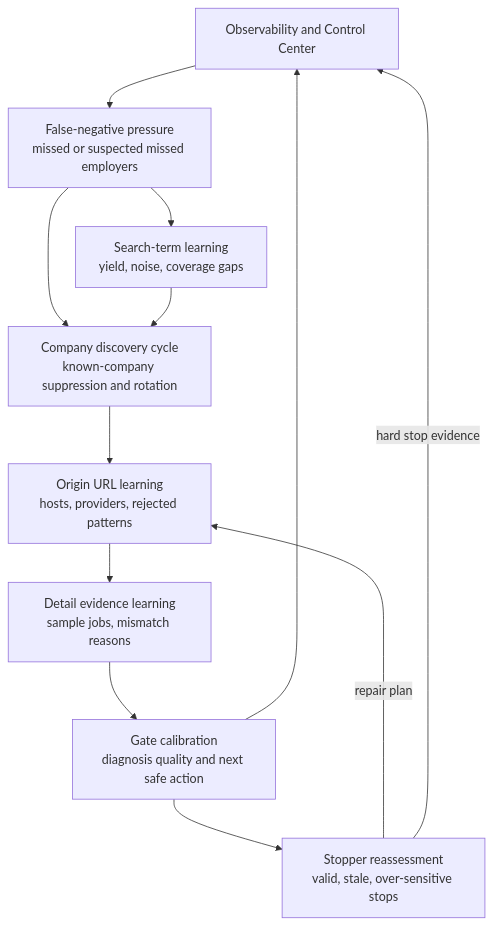
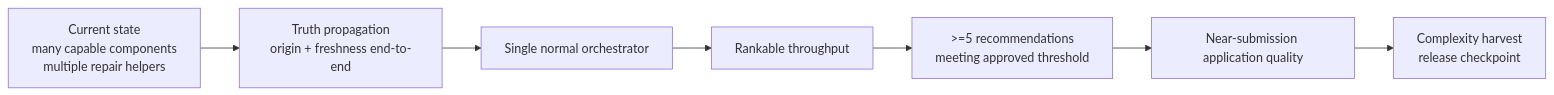
Before and after one commit to jenshaberle-dotcom/job-application-pipeline: the eighth of 9 diagrams in docs/current/system-diagrams.md, drawn with Mermaid. The commit also changed other lines of this file, not shown here.

Commit message:
DOC-RECOVERY: rebaseline current system diagrams

````diff
--- a/docs/current/system-diagrams.md
+++ b/docs/current/system-diagrams.md
@@ -76,23 +183,12 @@
 ```mermaid
-flowchart TB
-    OBS[Observability and Control Center]
-    MISS[False-negative pressure<br/>missed or suspected missed employers]
-    TERM[Search-term learning<br/>yield, noise, coverage gaps]
-    COMP[Company discovery cycle<br/>known-company suppression and rotation]
-    URL[Origin URL learning<br/>hosts, providers, rejected patterns]
-    DETAIL[Detail evidence learning<br/>sample jobs, mismatch reasons]
-    STOP[Stopper reassessment<br/>valid, stale, over-sensitive stops]
-    GATE[Gate calibration<br/>diagnosis quality and next safe action]
+flowchart LR
+    NOW[Current state<br/>many capable components<br/>multiple repair helpers]
+    T1[Truth propagation<br/>origin + freshness end-to-end]
+    T2[Single normal orchestrator]
+    T3[Rankable throughput]
+    T4[>=5 recommendations<br/>meeting approved threshold]
+    T5[Near-submission application quality]
+    T6[Complexity harvest<br/>release checkpoint]
 
-    OBS --> MISS
-    MISS --> TERM
-    MISS --> COMP
-    TERM --> COMP
-    COMP --> URL
-    URL --> DETAIL
-    DETAIL --> GATE
-    GATE --> STOP
-    STOP -->|repair plan| URL
-    STOP -->|hard stop evidence| OBS
-    GATE --> OBS
+    NOW --> T1 --> T2 --> T3 --> T4 --> T5 --> T6
 ```
````
